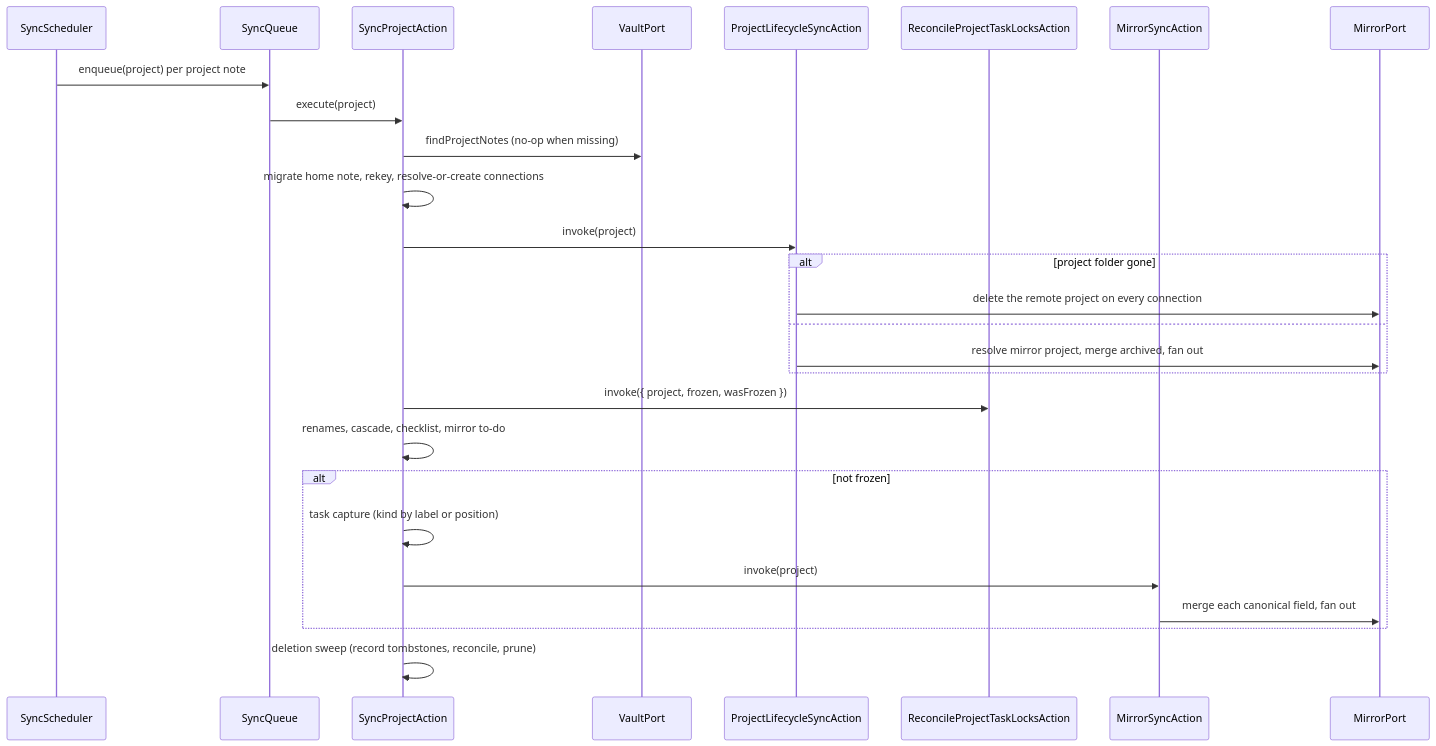
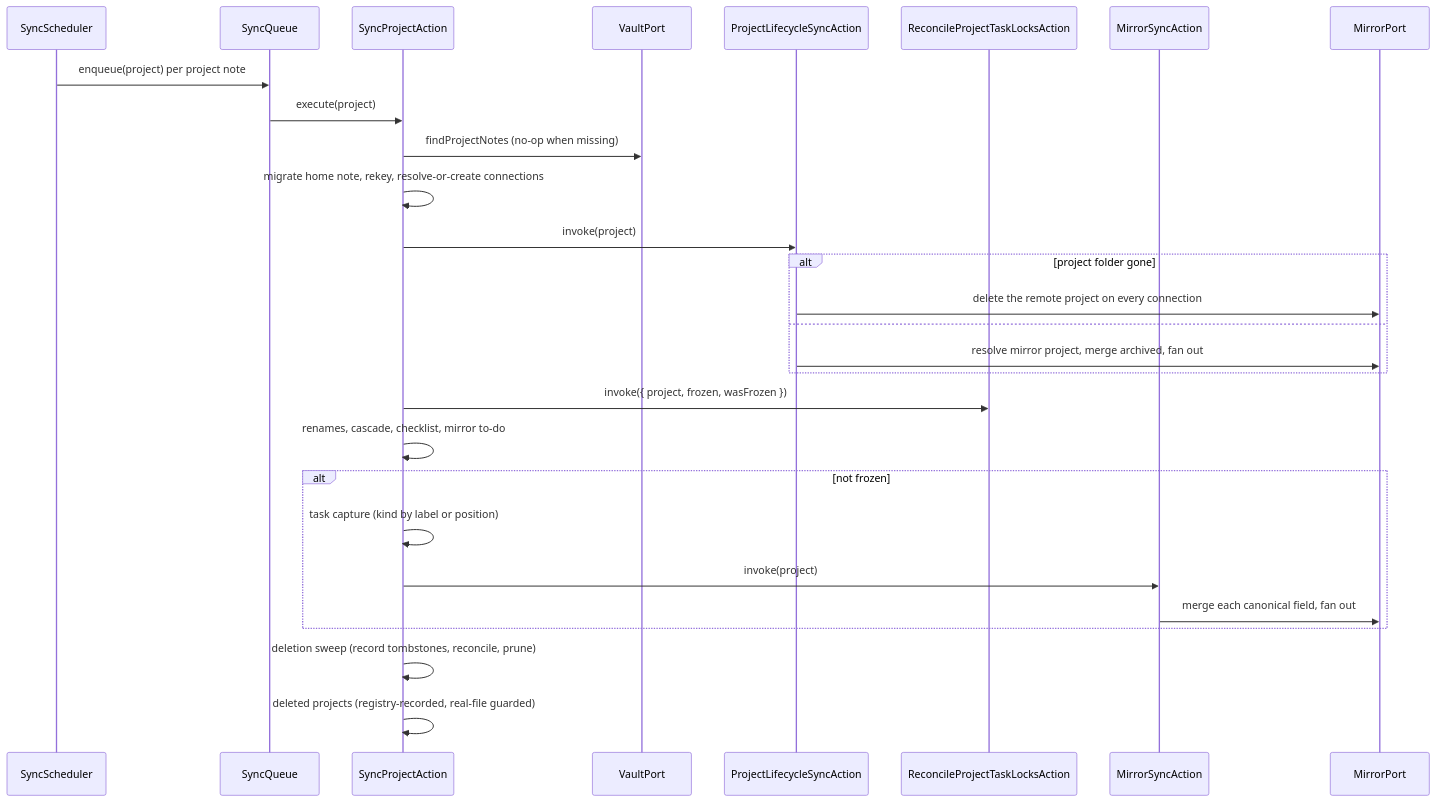
One commit to 99linesofcode/obsidian-project-management changed the diagram in ARCHITECTURE.md. Above: the diagram before and after it, drawn with Mermaid. The commit also changed other lines of this file and 11 other files, not shown here.

````diff
--- a/ARCHITECTURE.md
+++ b/ARCHITECTURE.md
@@ -123,30 +123,31 @@
 ```mermaid
 sequenceDiagram
   participant Sched as SyncScheduler
   participant Q as SyncQueue
   participant SP as SyncProjectAction
   participant V as VaultPort
   participant Life as ProjectLifecycleSyncAction
   participant Lock as ReconcileProjectTaskLocksAction
   participant TF as MirrorSyncAction
   participant M as MirrorPort
 
   Sched->>Q: enqueue(project) per project note
   Q->>SP: execute(project)
   SP->>V: findProjectNotes (no-op when missing)
   SP->>SP: migrate home note, rekey, resolve-or-create connections
   SP->>Life: invoke(project)
   alt project folder gone
     Life->>M: delete the remote project on every connection
   else
     Life->>M: resolve mirror project, merge archived, fan out
   end
   SP->>Lock: invoke({ project, frozen, wasFrozen })
   SP->>SP: renames, cascade, checklist, mirror to-do
   alt not frozen
     SP->>SP: task capture (kind by label or position)
     SP->>TF: invoke(project)
     TF->>M: merge each canonical field, fan out
   end
   SP->>SP: deletion sweep (record tombstones, reconcile, prune)
+  SP->>SP: deleted projects (registry-recorded, real-file guarded)
 ```
````
